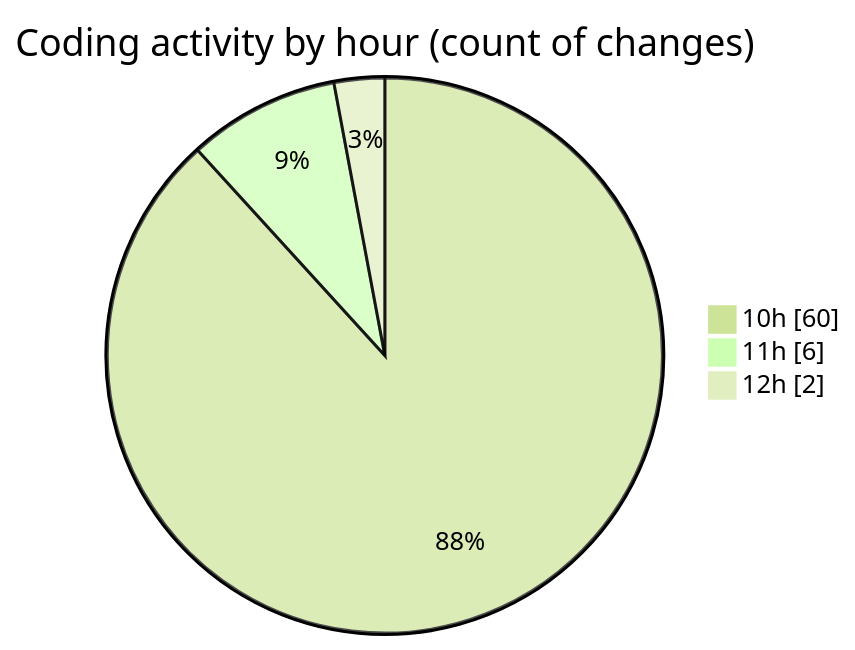
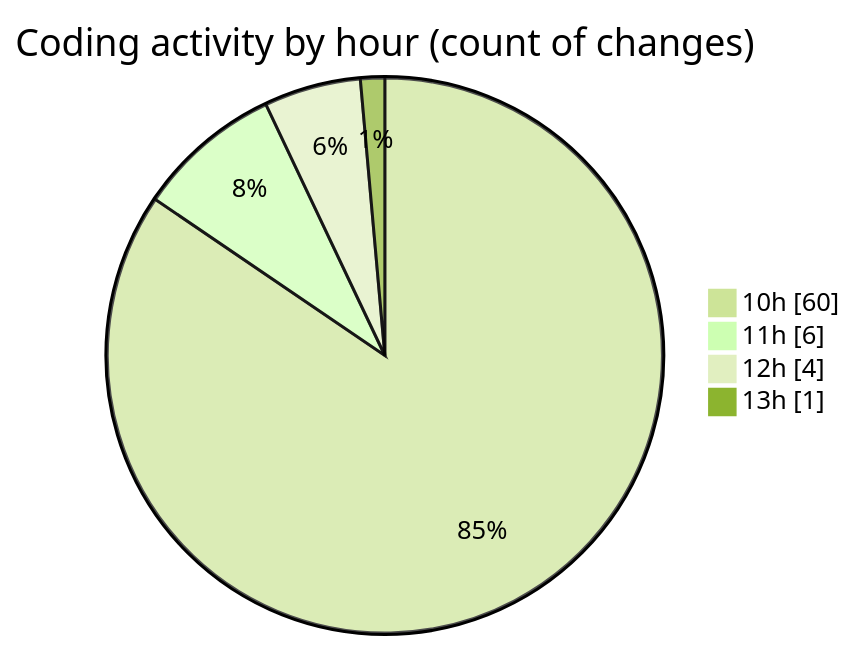
One commit to momahboobian/code-tracking changed the second of 2 diagrams in 2026-06-18/cda/README.md. Above: the diagram before and after it, drawn with Mermaid (forest theme). The commit also changed other lines of this file and 1 other file, not shown here.

````diff
--- a/2026-06-18/cda/README.md
+++ b/2026-06-18/cda/README.md
@@ -65,7 +66,8 @@
 ```mermaid
 pie showData
 title Coding activity by hour (count of changes)
 "10h" : 60
 "11h" : 6
-"12h" : 2
+"12h" : 4
+"13h" : 1
 ```
````
